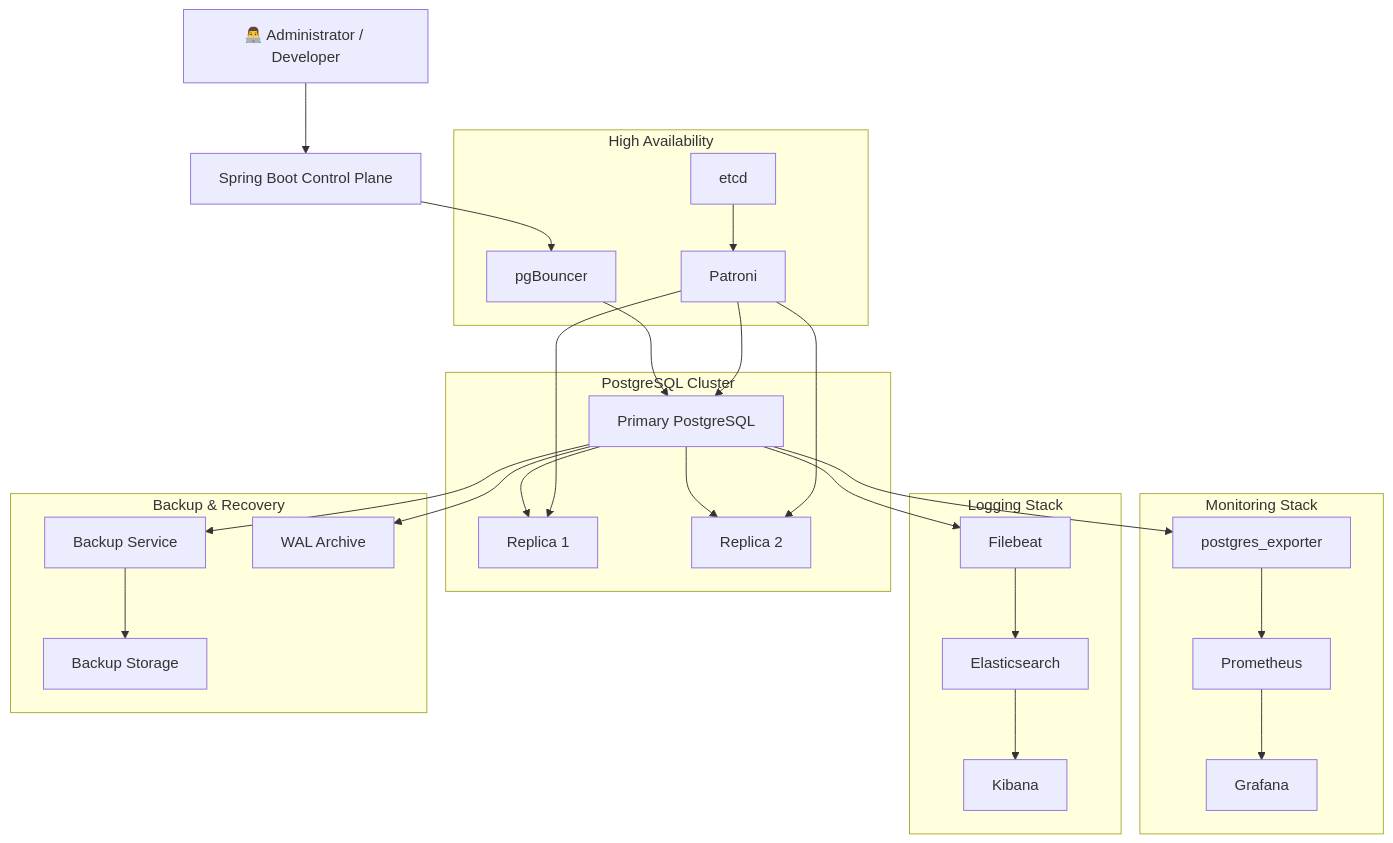
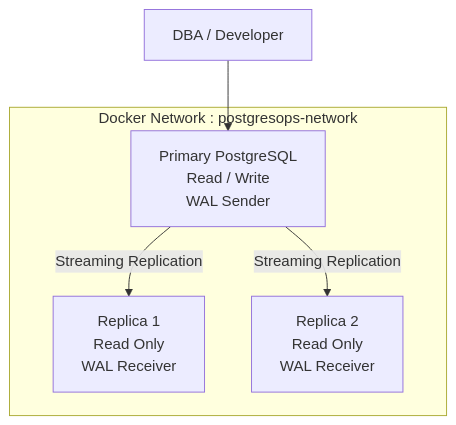
Before and after one commit to vDhinithya/PostgresOps: the first of 4 diagrams in docs/architecture.md, drawn with Mermaid. The commit also changed other lines of this file and 9 other files, not shown here.

Commit message:
feat(phase1): complete PostgreSQL HA cluster with pgAdmin

````diff
--- a/docs/architecture.md
+++ b/docs/architecture.md
@@ -15,72 +33,26 @@
 ```mermaid
 flowchart TB
 
-    User["👨‍💻 Administrator / Developer"]
+    Client["DBA / Developer"]
 
-    CP["Spring Boot Control Plane"]
+    subgraph DockerNetwork["Docker Network : postgresops-network"]
 
-    subgraph DatabaseCluster["PostgreSQL Cluster"]
-        Primary["Primary PostgreSQL"]
-        Replica1["Replica 1"]
-        Replica2["Replica 2"]
+        Primary["Primary PostgreSQL
+        Read / Write
+        WAL Sender"]
+
+        Replica1["Replica 1
+        Read Only
+        WAL Receiver"]
+
+        Replica2["Replica 2
+        Read Only
+        WAL Receiver"]
+
     end
 
-    subgraph Monitoring["Monitoring Stack"]
-        Exporter["postgres_exporter"]
-        Prometheus["Prometheus"]
-        Grafana["Grafana"]
-    end
+    Client --> Primary
 
-    subgraph Logging["Logging Stack"]
-        Filebeat["Filebeat"]
-        Elasticsearch["Elasticsearch"]
-        Kibana["Kibana"]
-    end
-
-    subgraph Backup["Backup & Recovery"]
-        BackupService["Backup Service"]
-        WAL["WAL Archive"]
-        Storage["Backup Storage"]
-    end
-
-    subgraph HA["High Availability"]
-        Patroni["Patroni"]
-        Etcd["etcd"]
-        PgBouncer["pgBouncer"]
-    end
-
-    User --> CP
-
-    CP --> PgBouncer
-
-    PgBouncer --> Primary
-
-    Primary --> Replica1
-    Primary --> Replica2
-
-    Primary --> Exporter
-
-    Exporter --> Prometheus
-
-    Prometheus --> Grafana
-
-    Primary --> Filebeat
-
-    Filebeat --> Elasticsearch
-
-    Elasticsearch --> Kibana
-
-    Primary --> BackupService
-
-    BackupService --> Storage
-
-    Primary --> WAL
-
-    Patroni --> Primary
-
-    Patroni --> Replica1
-
-    Patroni --> Replica2
-
-    Etcd --> Patroni
+    Primary -- Streaming Replication --> Replica1
+    Primary -- Streaming Replication --> Replica2
 ```
````
